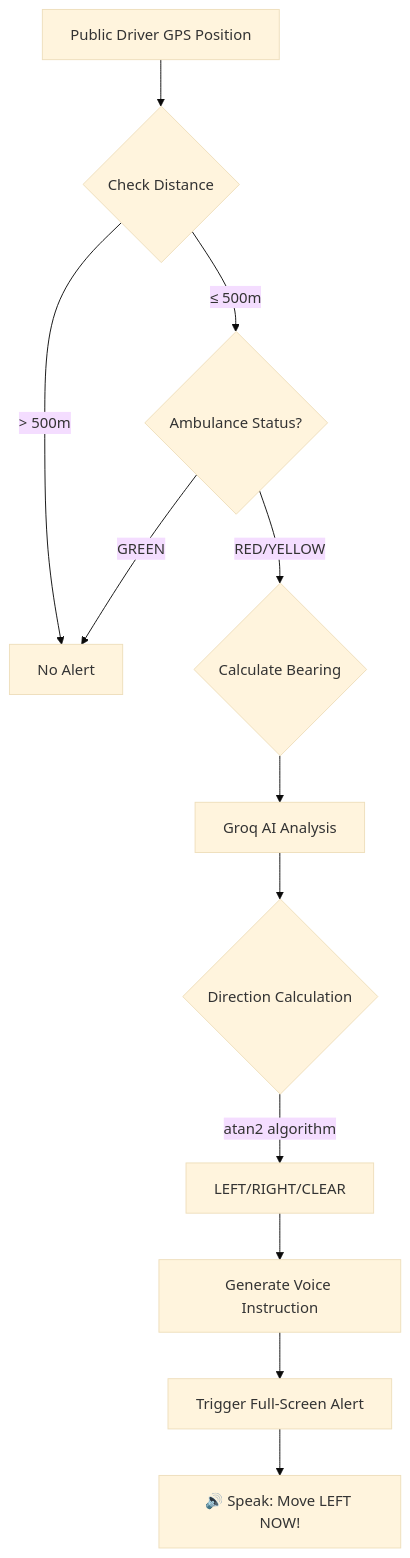
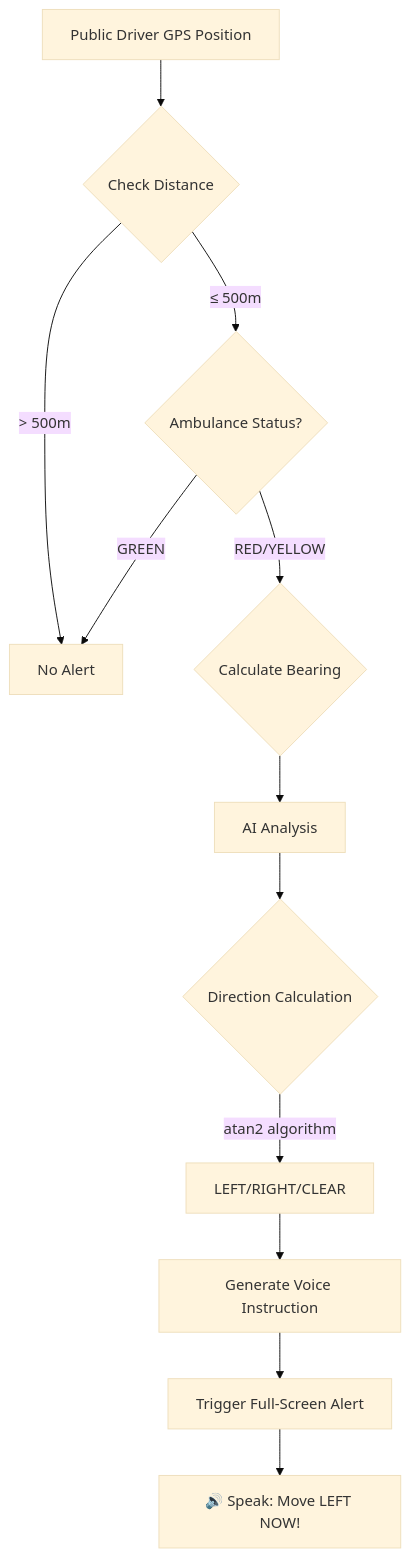
The diagram in README.md (Divakar1326/AMBUCLEAR), drawn with Mermaid (base theme) before and after one commit. The commit also changed other lines of this file and 71 other files, not shown here.

````diff
--- a/README.md
+++ b/README.md
@@ -264,14 +157,14 @@
 ```mermaid
 graph TD
     A[Public Driver GPS Position] --> B{Check Distance}
     B -->|> 500m| C[No Alert]
     B -->|≤ 500m| D{Ambulance Status?}
     D -->|GREEN| C
     D -->|RED/YELLOW| E{Calculate Bearing}
-    E --> F[Groq AI Analysis]
+    E --> F[AI Analysis]
     F --> G{Direction Calculation}
     G -->|atan2 algorithm| H[LEFT/RIGHT/CLEAR]
     H --> I[Generate Voice Instruction]
     I --> J[Trigger Full-Screen Alert]
     J --> K[🔊 Speak: Move LEFT NOW!]
 ```
````
